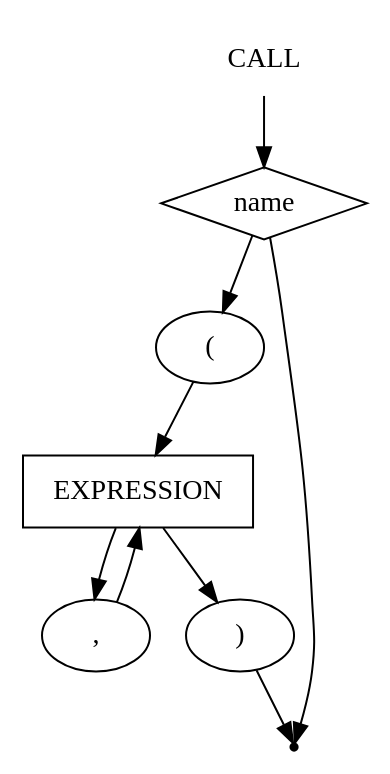
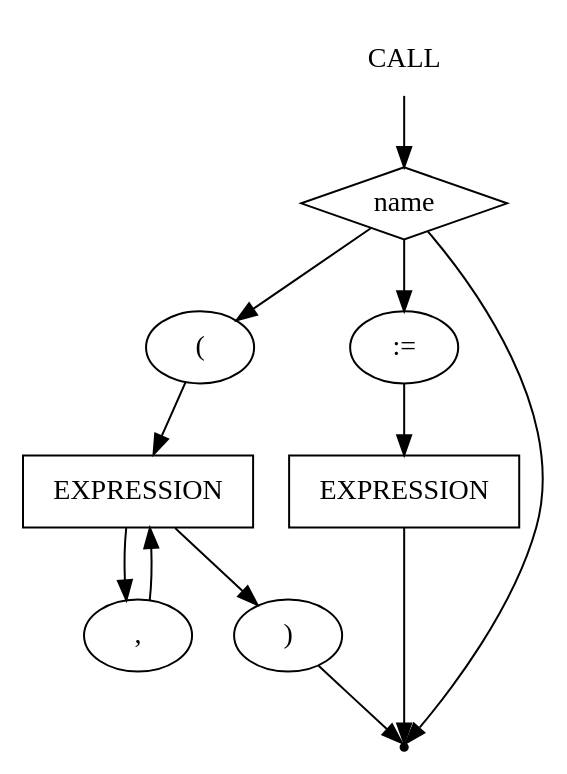
Before and after one commit to AnsKaz-yu/CIAO-V.3: the diagram in ciao_gv/call.gv, drawn with Graphviz. The commit also changed 7 other files, not shown here.

```diff
--- a/ciao_gv/call.gv
+++ b/ciao_gv/call.gv
@@ -1,17 +1,22 @@
 digraph CALL {
     start [label=CALL shape=plaintext]
     A [label=name shape=diamond]
     B [label="(" shape=oval]
     C [label=EXPRESSION shape=box]
     D [label="," shape=oval]
     E [label=")" shape=oval]
+    F [label=":=" shape=oval]
+    G [label=EXPRESSION shape=box]
     end [label="" shape=point]
     start -> A
     A -> B
     B -> C
     C -> D
     D -> C
     C -> E
+    A -> F
+    F -> G
     E -> end
+    G -> end
     A -> end
 }
```
